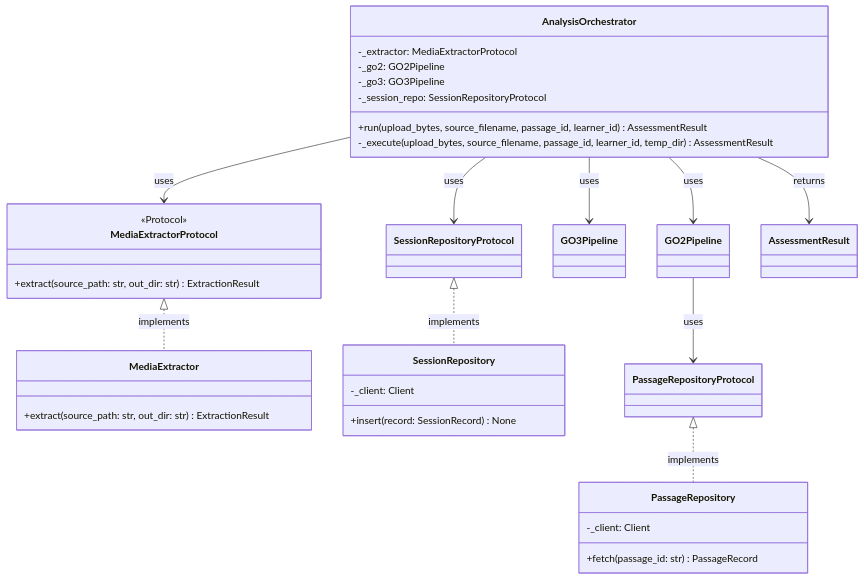
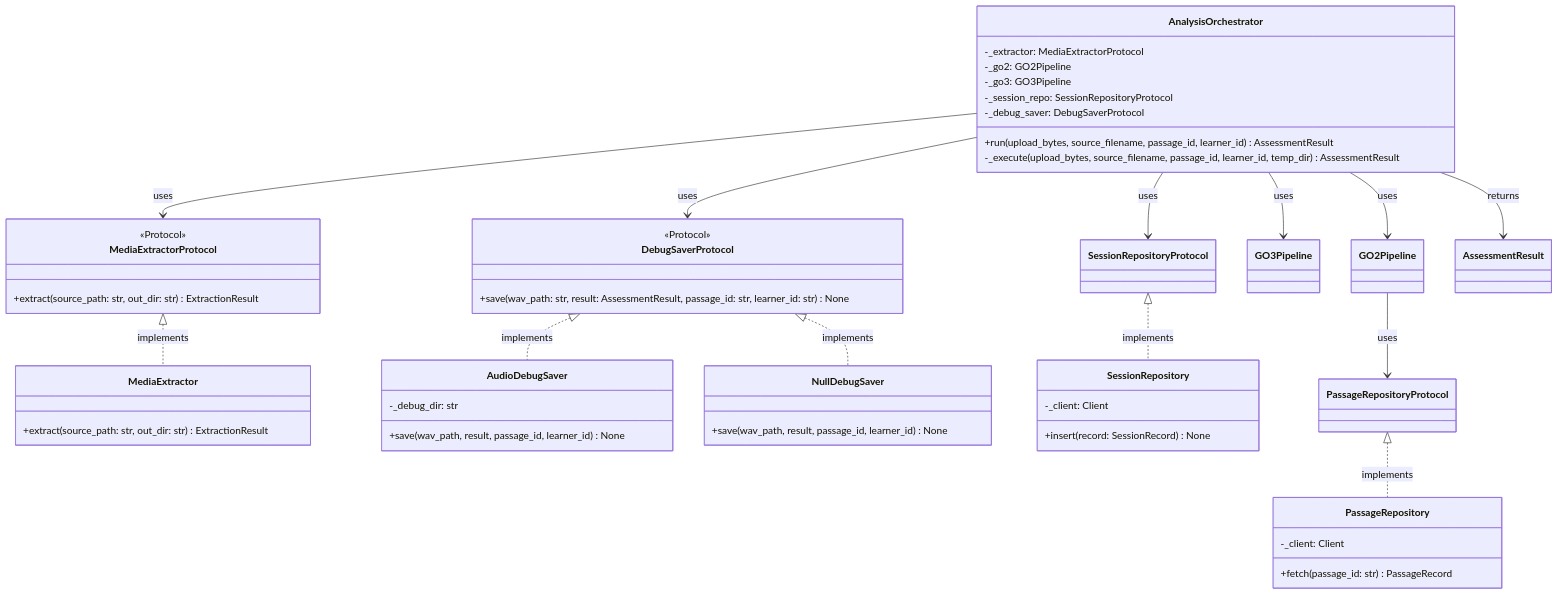
One commit to ChristianNemeno/SE-Module-02 changed the diagram in docs/uml/class/orchestrator-classes.md. Above: the diagram before and after it, drawn with Mermaid. The commit also changed other lines of this file and 18 other files, not shown here.

First line of the commit message:
feat: add debug audio saver for WAV and JSON persistence

````diff
--- a/docs/uml/class/orchestrator-classes.md
+++ b/docs/uml/class/orchestrator-classes.md
@@ -5,35 +5,50 @@
 ```mermaid
 classDiagram
     class MediaExtractorProtocol {
         <<Protocol>>
         +extract(source_path: str, out_dir: str) ExtractionResult
     }
     class MediaExtractor {
         +extract(source_path: str, out_dir: str) ExtractionResult
+    }
+    class DebugSaverProtocol {
+        <<Protocol>>
+        +save(wav_path: str, result: AssessmentResult, passage_id: str, learner_id: str) None
+    }
+    class AudioDebugSaver {
+        -_debug_dir: str
+        +save(wav_path, result, passage_id, learner_id) None
+    }
+    class NullDebugSaver {
+        +save(wav_path, result, passage_id, learner_id) None
     }
     class PassageRepository {
         -_client: Client
         +fetch(passage_id: str) PassageRecord
     }
     class SessionRepository {
         -_client: Client
         +insert(record: SessionRecord) None
     }
     class AnalysisOrchestrator {
         -_extractor: MediaExtractorProtocol
         -_go2: GO2Pipeline
         -_go3: GO3Pipeline
         -_session_repo: SessionRepositoryProtocol
+        -_debug_saver: DebugSaverProtocol
         +run(upload_bytes, source_filename, passage_id, learner_id) AssessmentResult
         -_execute(upload_bytes, source_filename, passage_id, learner_id, temp_dir) AssessmentResult
     }
     MediaExtractorProtocol <|.. MediaExtractor : implements
+    DebugSaverProtocol <|.. AudioDebugSaver : implements
+    DebugSaverProtocol <|.. NullDebugSaver : implements
     AnalysisOrchestrator --> MediaExtractorProtocol : uses
     AnalysisOrchestrator --> GO2Pipeline : uses
     AnalysisOrchestrator --> GO3Pipeline : uses
     AnalysisOrchestrator --> SessionRepositoryProtocol : uses
+    AnalysisOrchestrator --> DebugSaverProtocol : uses
     SessionRepositoryProtocol <|.. SessionRepository : implements
     PassageRepositoryProtocol <|.. PassageRepository : implements
     GO2Pipeline --> PassageRepositoryProtocol : uses
     AnalysisOrchestrator --> AssessmentResult : returns
 ```
````
